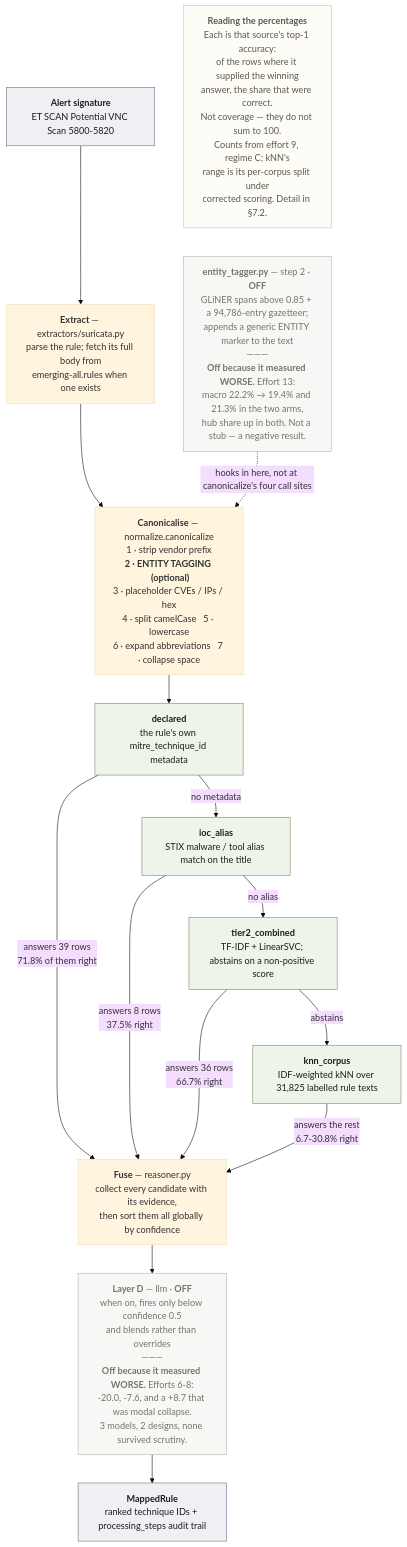
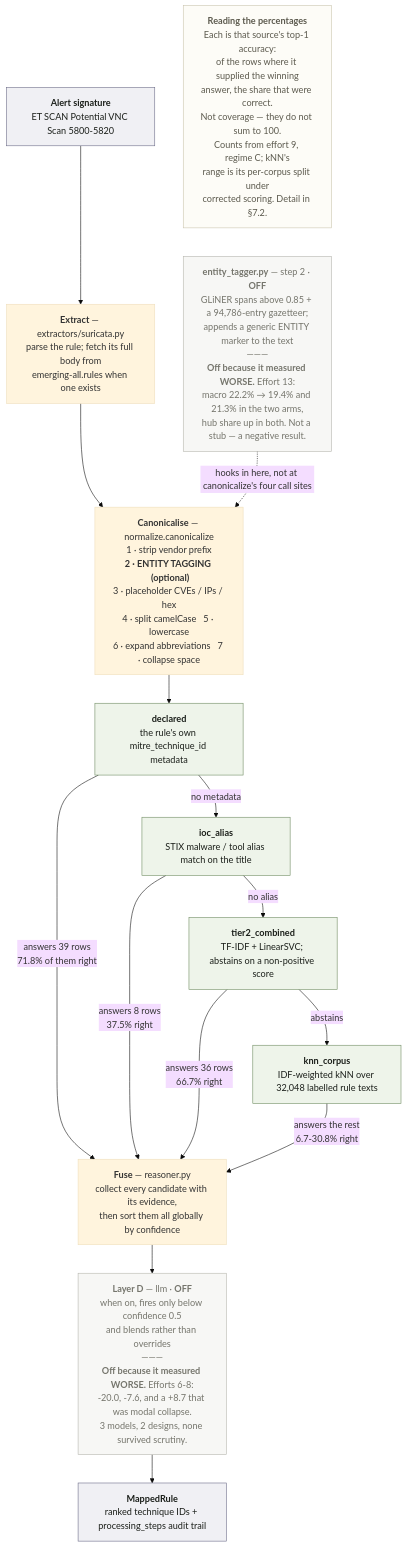
Before and after one commit to jamiegharrison24/SAGE: the first of 2 diagrams in experiments/mitre_mapping/REPORT.md, drawn with Mermaid (base theme). The commit also changed other lines of this file and 22 other files, not shown here.

````diff
--- a/experiments/mitre_mapping/REPORT.md
+++ b/experiments/mitre_mapping/REPORT.md
@@ -251,42 +253,42 @@
 ```mermaid
 flowchart TB
     SIG["<b>Alert signature</b><br/>ET SCAN Potential VNC Scan 5800-5820"]
     EXT["<b>Extract</b> — extractors/suricata.py<br/>parse the rule; fetch its full body from<br/>emerging-all.rules when one exists"]
     NRM["<b>Canonicalise</b> — normalize.canonicalize<br/>1 · strip vendor prefix<br/><b>2 · ENTITY TAGGING &nbsp;(optional)</b><br/>3 · placeholder CVEs / IPs / hex<br/>4 · split camelCase &nbsp; 5 · lowercase<br/>6 · expand abbreviations &nbsp; 7 · collapse space"]
     TAG["<b>entity_tagger.py</b> — step 2 · <b>OFF</b><br/>GLiNER spans above 0.85 + a 94,786-entry gazetteer;<br/>appends a generic ENTITY marker to the text<br/>———<br/><b>Off because it measured WORSE.</b> Effort 13:<br/>macro 22.2% → 19.4% and 21.3% in the two arms,<br/>hub share up in both. Not a stub — a negative result."]
 
     SIG --> EXT --> NRM
     TAG -.->|"hooks in here, not at canonicalize's four call sites"| NRM
     NRM --> D
 
     D["<b>declared</b><br/>the rule's own mitre_technique_id metadata"]
     A["<b>ioc_alias</b><br/>STIX malware / tool alias match on the title"]
     C["<b>tier2_combined</b><br/>TF-IDF + LinearSVC; abstains on a non-positive score"]
-    K["<b>knn_corpus</b><br/>IDF-weighted kNN over 31,825 labelled rule texts"]
+    K["<b>knn_corpus</b><br/>IDF-weighted kNN over 32,048 labelled rule texts"]
 
     D -- "no metadata" --> A
     A -- "no alias" --> C
     C -- "abstains" --> K
 
     D -- "answers 39 rows<br/>71.8% of them right" --> F
     A -- "answers 8 rows<br/>37.5% right" --> F
     C -- "answers 36 rows<br/>66.7% right" --> F
     K -- "answers the rest<br/>6.7-30.8% right" --> F
 
     F["<b>Fuse</b> — reasoner.py<br/>collect every candidate with its evidence,<br/>then sort them all globally by confidence"]
     L["<b>Layer D</b> — llm · <b>OFF</b><br/>when on, fires only below confidence 0.5<br/>and blends rather than overrides<br/>———<br/><b>Off because it measured WORSE.</b> Efforts 6-8:<br/>-20.0, -7.6, and a +8.7 that was modal collapse.<br/>3 models, 2 designs, none survived scrutiny."]
     OUT["<b>MappedRule</b><br/>ranked technique IDs + processing_steps audit trail"]
 
     F --> L --> OUT
 
     LEG["<b>Reading the percentages</b><br/>Each is that source's top-1 accuracy:<br/>of the rows where it supplied the winning<br/>answer, the share that were correct.<br/>Not coverage — they do not sum to 100.<br/>Counts from effort 9, regime C; kNN's<br/>range is its per-corpus split under<br/>corrected scoring. Detail in §7.2."]
 
     classDef src fill:#eef4ea,stroke:#6d8a5f,color:#1b1f1a
     classDef io fill:#f0f0f4,stroke:#6a6a86,color:#1b1f1a
     classDef off fill:#f7f7f5,stroke:#b5b5ad,color:#75756c
     class D,A,C,K src
     class SIG,OUT io
     class TAG,L off
     classDef legend fill:#fdfcf7,stroke:#c9c4ad,color:#5c5a4e
     class LEG legend
 ```
````
